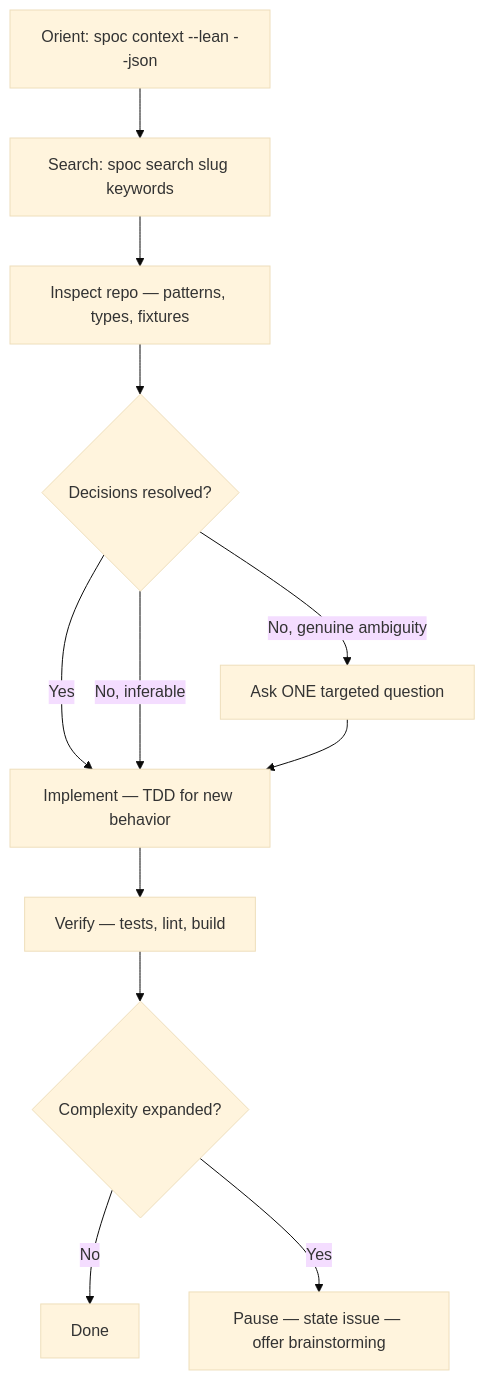
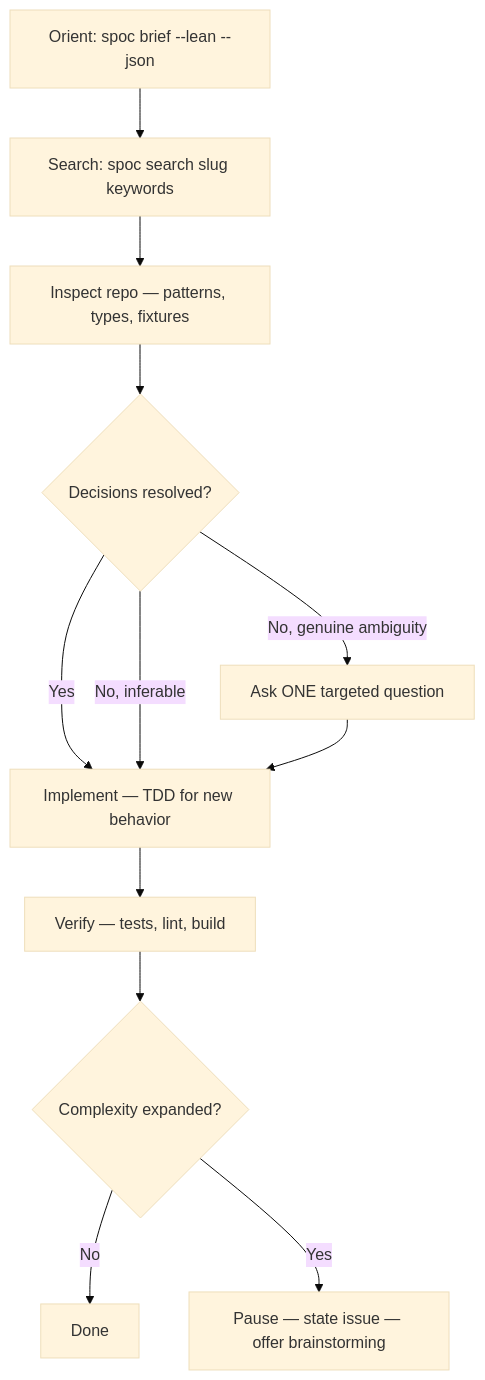
Before and after one commit to rryando/SPOC: the diagram in opencode/spoc/skills/code-agent/SKILL.md, drawn with Mermaid (base theme). The commit also changed 17 other files, not shown here.

First line of the commit message:
chore(prompts,skills): canonicalize spoc context invocations

````diff
--- a/opencode/spoc/skills/code-agent/SKILL.md
+++ b/opencode/spoc/skills/code-agent/SKILL.md
@@ -14,14 +14,14 @@
 ```mermaid
 flowchart TD
-    A[Orient: spoc context --lean --json] --> B[Search: spoc search slug keywords]
+    A[Orient: spoc brief --lean --json] --> B[Search: spoc search slug keywords]
     B --> C[Inspect repo — patterns, types, fixtures]
     C --> D{Decisions resolved?}
     D -->|Yes| E[Implement — TDD for new behavior]
     D -->|No, inferable| E
     D -->|No, genuine ambiguity| F[Ask ONE targeted question]
     F --> E
     E --> G[Verify — tests, lint, build]
     G --> H{Complexity expanded?}
     H -->|No| I[Done]
     H -->|Yes| J[Pause — state issue — offer brainstorming]
 ```
````
